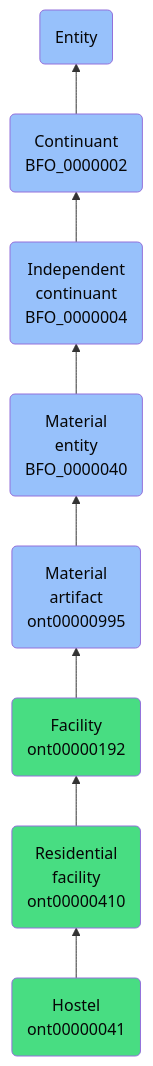
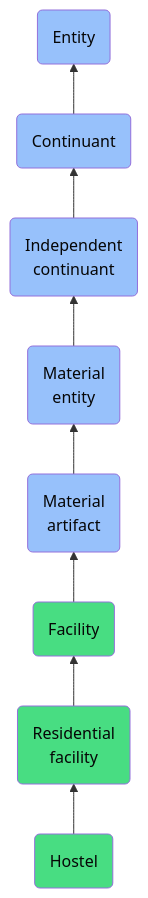
One commit to jupyter-naas/abi changed the diagram in docs/ontology/reference/model/Entity/Continuant/Independent continuant/Material entity/Material artifact/Facility/Residential facility/Hostel/Hostel.md. Above: the diagram before and after it, drawn with Mermaid. The commit also changed other lines of this file and 1430 other files, not shown here.

````diff
--- a/docs/ontology/reference/model/Entity/Continuant/Independent continuant/Material entity/Material artifact/Facility/Residential facility/Hostel/Hostel.md
+++ b/docs/ontology/reference/model/Entity/Continuant/Independent continuant/Material entity/Material artifact/Facility/Residential facility/Hostel/Hostel.md
@@ -24,15 +24,15 @@
 ```mermaid
 graph BT
-    ont00000041(Hostel<br>ont00000041):::ABI-->ont00000410
-    ont00000410(Residential<br>facility<br>ont00000410):::ABI-->ont00000192
-    ont00000192(Facility<br>ont00000192):::ABI-->ont00000995
-    ont00000995(Material<br>artifact<br>ont00000995):::BFO-->BFO_0000040
-    BFO_0000040(Material<br>entity<br>BFO_0000040):::BFO-->BFO_0000004
-    BFO_0000004(Independent<br>continuant<br>BFO_0000004):::BFO-->BFO_0000002
-    BFO_0000002(Continuant<br>BFO_0000002):::BFO-->BFO_0000001
+    ont00000041(Hostel):::ABI-->ont00000410
+    ont00000410(Residential<br>facility):::ABI-->ont00000192
+    ont00000192(Facility):::ABI-->ont00000995
+    ont00000995(Material<br>artifact):::BFO-->BFO_0000040
+    BFO_0000040(Material<br>entity):::BFO-->BFO_0000004
+    BFO_0000004(Independent<br>continuant):::BFO-->BFO_0000002
+    BFO_0000002(Continuant):::BFO-->BFO_0000001
     BFO_0000001(Entity):::BFO
     
     classDef BFO fill:#97c1fb,color:#060606
     classDef CCO fill:#e4c51e,color:#060606
     classDef ABI fill:#48DD82,color:#060606
 ```
````
